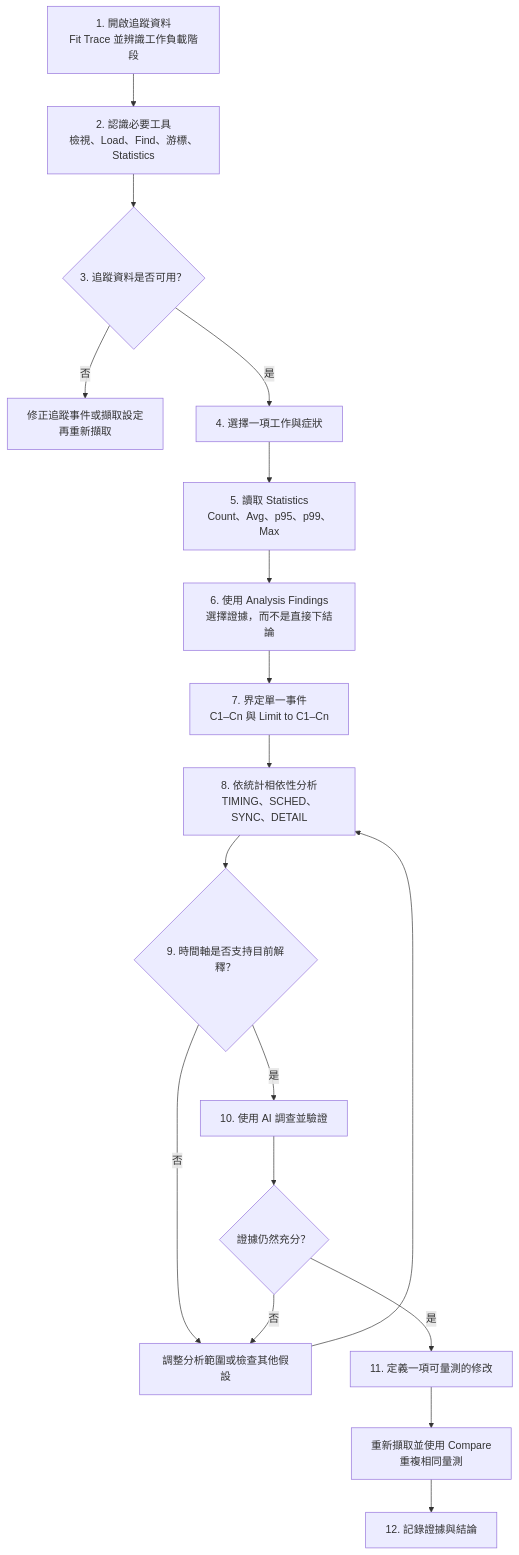
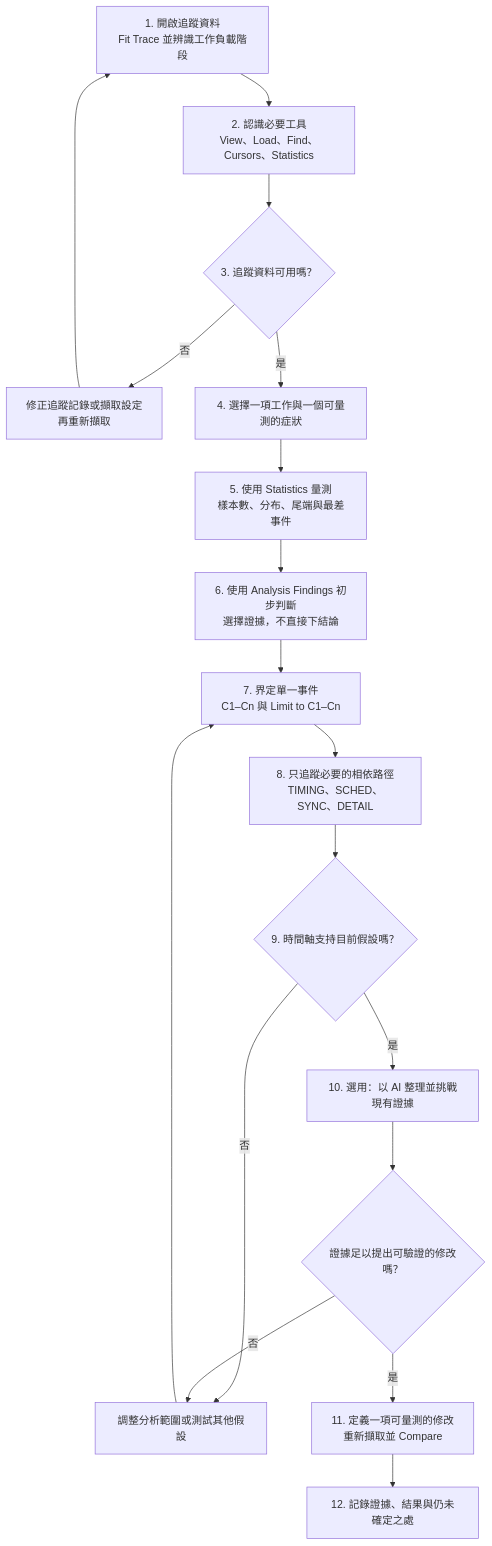
One commit to kuopinghsu/FreeRTOS-BTF-Trace changed the first of 6 diagrams in BTFViewer/WORKFLOWS_zh-TW.md. Above: the diagram before and after it, drawn with Mermaid. The commit also changed other lines of this file and 22 other files, not shown here.

````diff
--- a/BTFViewer/WORKFLOWS_zh-TW.md
+++ b/BTFViewer/WORKFLOWS_zh-TW.md
@@ -5,20 +5,20 @@
 ```mermaid
 flowchart TD
-  open["1. 開啟追蹤資料<br/>Fit Trace 並辨識工作負載階段"] --> tools["2. 認識必要工具<br/>檢視、Load、Find、游標、Statistics"]
-  tools --> quality{"3. 追蹤資料是否可用？"}
-  quality -->|否| recapture["修正追蹤事件或擷取設定<br/>再重新擷取"]
-  quality -->|是| task["4. 選擇一項工作與症狀"]
-  task --> stats["5. 讀取 Statistics<br/>Count、Avg、p95、p99、Max"]
-  stats --> triage["6. 使用 Analysis Findings<br/>選擇證據，而不是直接下結論"]
+  open["1. 開啟追蹤資料<br/>Fit Trace 並辨識工作負載階段"] --> tools["2. 認識必要工具<br/>View、Load、Find、Cursors、Statistics"]
+  tools --> quality{"3. 追蹤資料可用嗎？"}
+  quality -->|否| recapture["修正追蹤記錄或擷取設定<br/>再重新擷取"]
+  recapture --> open
+  quality -->|是| task["4. 選擇一項工作與一個可量測的症狀"]
+  task --> stats["5. 使用 Statistics 量測<br/>樣本數、分布、尾端與最差事件"]
+  stats --> triage["6. 使用 Analysis Findings 初步判斷<br/>選擇證據，不直接下結論"]
   triage --> scope["7. 界定單一事件<br/>C1–Cn 與 Limit to C1–Cn"]
-  scope --> dependency["8. 依統計相依性分析<br/>TIMING、SCHED、SYNC、DETAIL"]
-  dependency --> timeline{"9. 時間軸是否支持目前解釋？"}
-  timeline -->|否| refine["調整分析範圍或檢查其他假設"]
-  refine --> dependency
-  timeline -->|是| ai["10. 使用 AI 調查並驗證"]
-  ai --> verify{"證據仍然充分？"}
-  verify -->|否| refine
-  verify -->|是| change["11. 定義一項可量測的修改"]
-  change --> compare["重新擷取並使用 Compare<br/>重複相同量測"]
-  compare --> record["12. 記錄證據與結論"]
+  scope --> dependency["8. 只追蹤必要的相依路徑<br/>TIMING、SCHED、SYNC、DETAIL"]
+  dependency --> timeline{"9. 時間軸支持目前假設嗎？"}
+  timeline -->|否| refine["調整分析範圍或測試其他假設"]
+  refine --> scope
+  timeline -->|是| ai["10. 選用：以 AI 整理並挑戰現有證據"]
+  ai --> sufficient{"證據足以提出可驗證的修改嗎？"}
+  sufficient -->|否| refine
+  sufficient -->|是| change["11. 定義一項可量測的修改<br/>重新擷取並 Compare"]
+  change --> record["12. 記錄證據、結果與仍未確定之處"]
 ```
````
